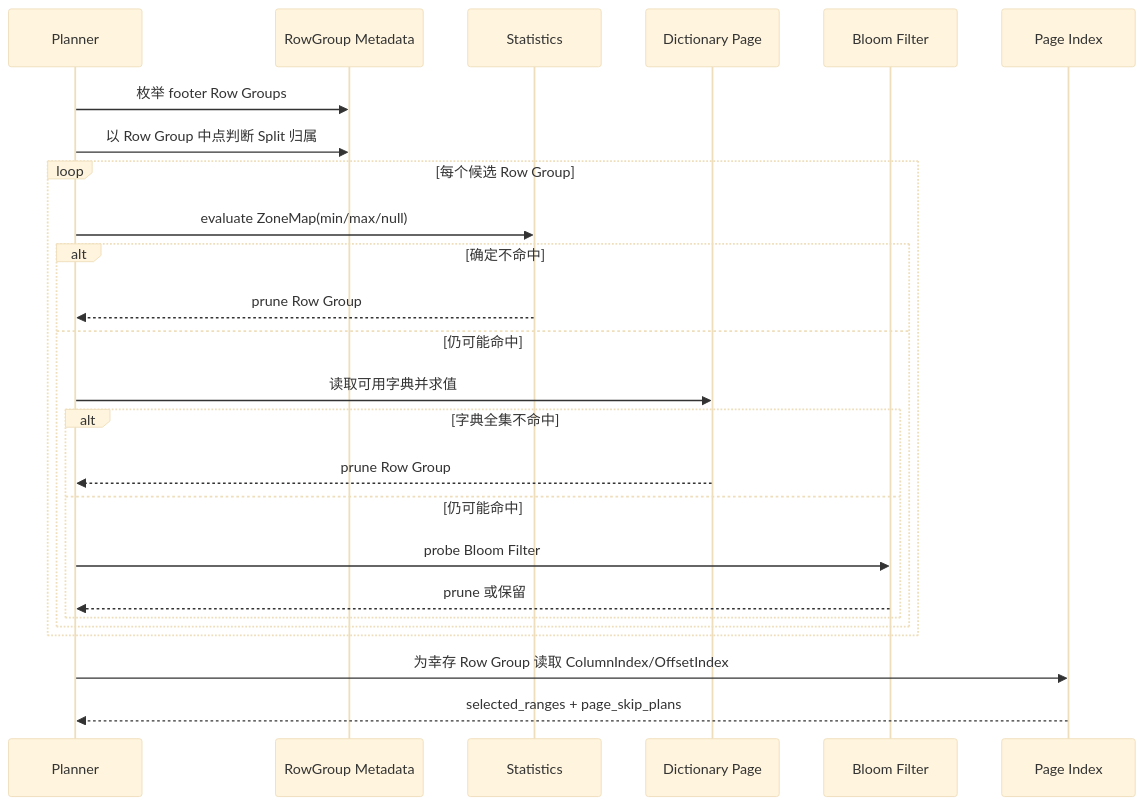
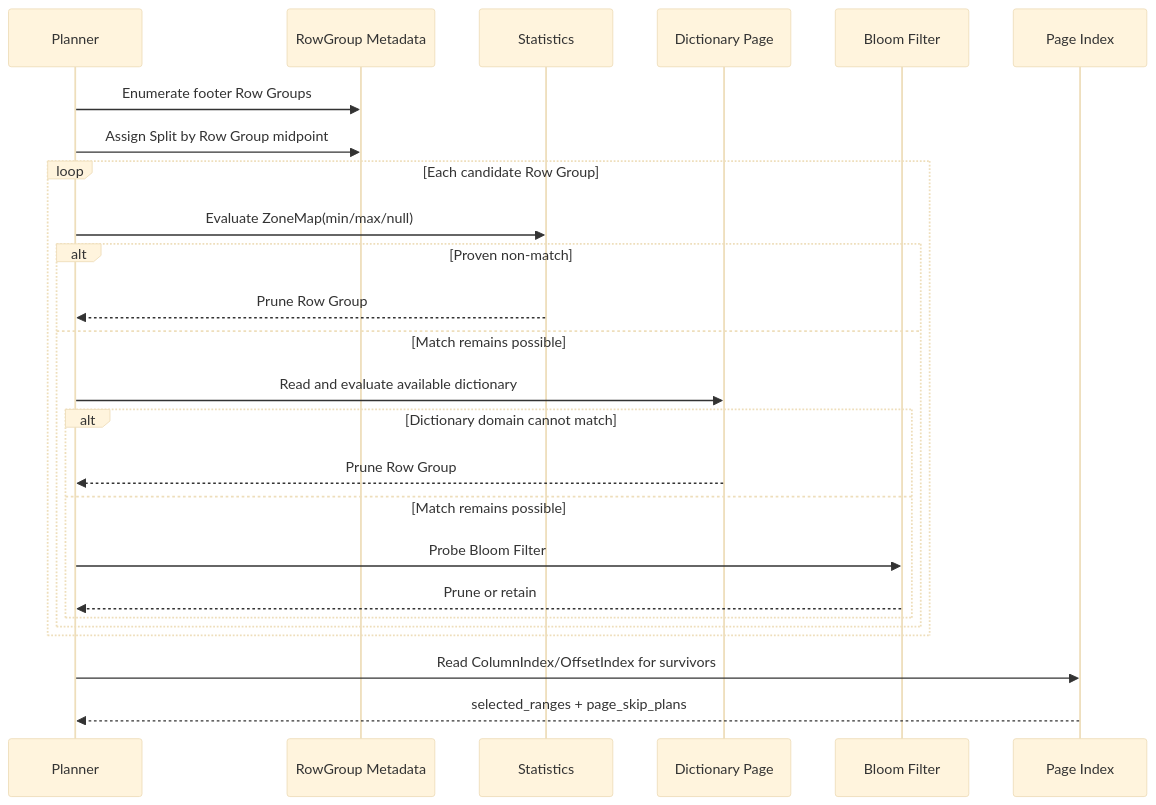
Before and after one commit to apache/doris: the fifth of 13 diagrams in docs/file-scanner-v2-parquet-scan-design.md, drawn with Mermaid (base theme). The commit also changed other lines of this file and 1 other file, not shown here.

````diff
--- a/docs/file-scanner-v2-parquet-scan-design.md
+++ b/docs/file-scanner-v2-parquet-scan-design.md
@@ -158,27 +177,27 @@
 ```mermaid
 sequenceDiagram
   participant P as Planner
   participant M as RowGroup Metadata
   participant S as Statistics
   participant D as Dictionary Page
   participant B as Bloom Filter
   participant I as Page Index
-  P->>M: 枚举 footer Row Groups
-  P->>M: 以 Row Group 中点判断 Split 归属
-  loop 每个候选 Row Group
-    P->>S: evaluate ZoneMap(min/max/null)
-    alt 确定不命中
-      S-->>P: prune Row Group
-    else 仍可能命中
-      P->>D: 读取可用字典并求值
-      alt 字典全集不命中
-        D-->>P: prune Row Group
-      else 仍可能命中
-        P->>B: probe Bloom Filter
-        B-->>P: prune 或保留
+  P->>M: Enumerate footer Row Groups
+  P->>M: Assign Split by Row Group midpoint
+  loop Each candidate Row Group
+    P->>S: Evaluate ZoneMap(min/max/null)
+    alt Proven non-match
+      S-->>P: Prune Row Group
+    else Match remains possible
+      P->>D: Read and evaluate available dictionary
+      alt Dictionary domain cannot match
+        D-->>P: Prune Row Group
+      else Match remains possible
+        P->>B: Probe Bloom Filter
+        B-->>P: Prune or retain
       end
     end
   end
-  P->>I: 为幸存 Row Group 读取 ColumnIndex/OffsetIndex
+  P->>I: Read ColumnIndex/OffsetIndex for survivors
   I-->>P: selected_ranges + page_skip_plans
 ```
````
